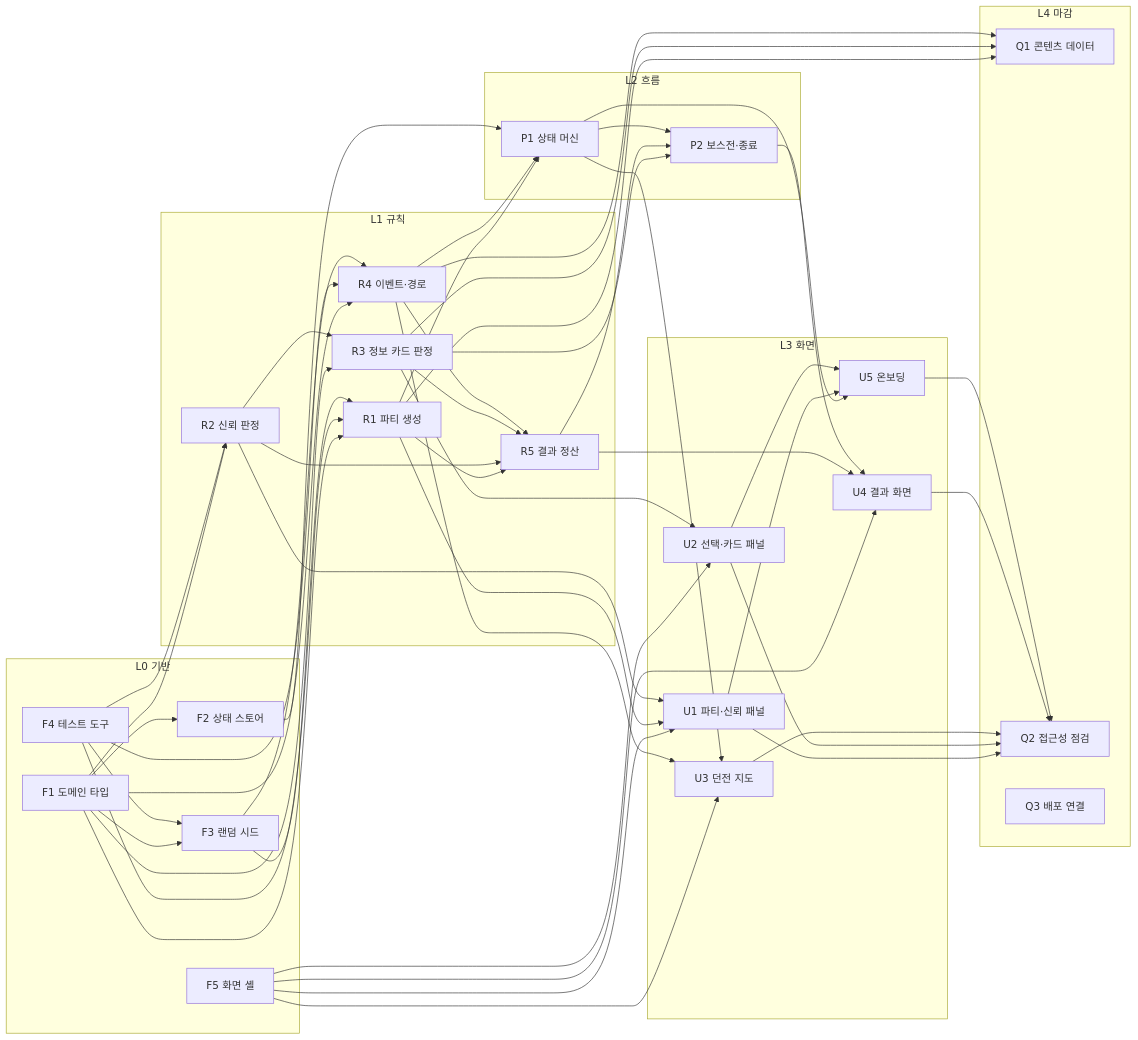
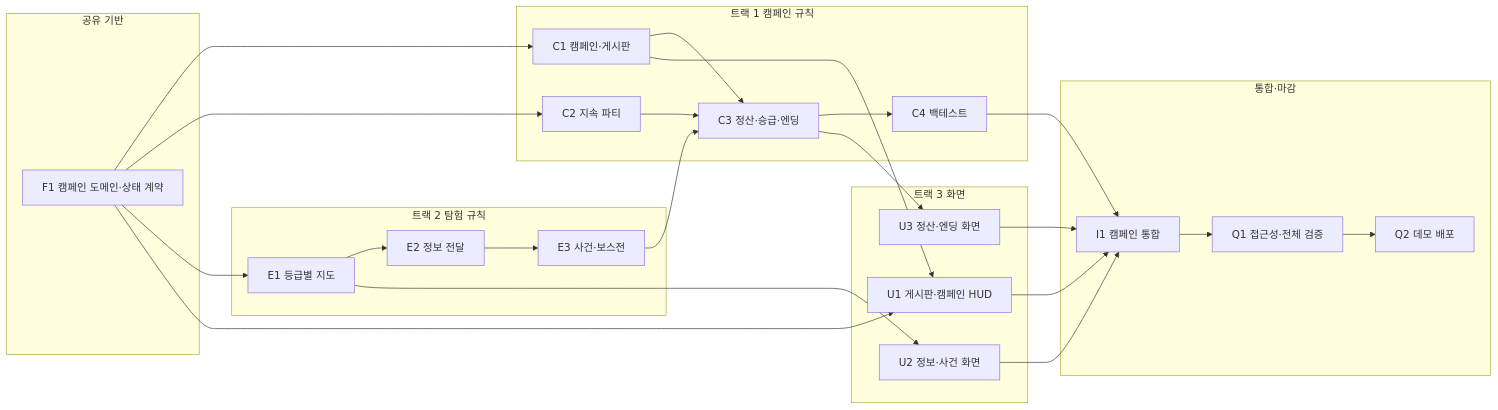
One commit to LatteBun/Dungeon_Schemer changed the diagram in docs/technical/PROTOTYPE_WORK_ASSIGNMENT.md. Above: the diagram before and after it, drawn with Mermaid. The commit also changed other lines of this file and 32 other files, not shown here.

````diff
--- a/docs/technical/PROTOTYPE_WORK_ASSIGNMENT.md
+++ b/docs/technical/PROTOTYPE_WORK_ASSIGNMENT.md
@@ -29,51 +30,41 @@
 ```mermaid
 graph LR
-  subgraph L0["L0 기반"]
-    F1["F1 도메인 타입"]
-    F2["F2 상태 스토어"]
-    F3["F3 랜덤 시드"]
-    F4["F4 테스트 도구"]
-    F5["F5 화면 셸"]
+  subgraph L0["공유 기반"]
+    F1["F1 캠페인 도메인·상태 계약"]
   end
-  subgraph L1["L1 규칙"]
-    R1["R1 파티 생성"]
-    R2["R2 신뢰 판정"]
-    R3["R3 정보 카드 판정"]
-    R4["R4 이벤트·경로"]
-    R5["R5 결과 정산"]
+  subgraph T1["트랙 1 캠페인 규칙"]
+    C1["C1 캠페인·게시판"]
+    C2["C2 지속 파티"]
+    C3["C3 정산·승급·엔딩"]
+    C4["C4 백테스트"]
   end
-  subgraph L2["L2 흐름"]
-    P1["P1 상태 머신"]
-    P2["P2 보스전·종료"]
+  subgraph T2["트랙 2 탐험 규칙"]
+    E1["E1 등급별 지도"]
+    E2["E2 정보 전달"]
+    E3["E3 사건·보스전"]
   end
-  subgraph L3["L3 화면"]
-    U1["U1 파티·신뢰 패널"]
-    U2["U2 선택·카드 패널"]
-    U3["U3 던전 지도"]
-    U4["U4 결과 화면"]
-    U5["U5 온보딩"]
+  subgraph T3["트랙 3 화면"]
+    U1["U1 게시판·캠페인 HUD"]
+    U2["U2 정보·사건 화면"]
+    U3["U3 정산·엔딩 화면"]
   end
-  subgraph L4["L4 마감"]
-    Q1["Q1 콘텐츠 데이터"]
-    Q2["Q2 접근성 점검"]
-    Q3["Q3 배포 연결"]
+  subgraph L4["통합·마감"]
+    I1["I1 캠페인 통합"]
+    Q1["Q1 접근성·전체 검증"]
+    Q2["Q2 데모 배포"]
   end
 
-  F1 --> F2 & F3 & R1 & R2 & R3 & R4
-  F4 --> F3 & R1 & R2 & R4
-  F5 --> U1 & U2 & U3 & U4
-  F2 --> P1
-  F3 --> R1 & R4
-  R1 --> R5 & P1 & U1 & Q1
-  R2 --> R3 & R5 & U1
-  R3 --> R5 & P2 & U2 & Q1
-  R4 --> R5 & P1 & U3 & Q1
-  R5 --> P2 & U4
-  P1 --> P2 & U3 & U5
-  P2 --> U4
-  U1 --> U5 & Q2
-  U2 --> U5 & Q2
-  U3 --> Q2
-  U4 --> Q2
-  U5 --> Q2
+  F1 --> C1 & C2 & E1 & U1
+  C1 --> C3 & U1
+  C2 --> C3
+  E1 --> E2 & U2
+  E2 --> E3
+  E3 --> C3
+  C3 --> C4 & U3
+  C4 --> I1
+  U1 --> I1
+  U2 --> I1
+  U3 --> I1
+  I1 --> Q1
+  Q1 --> Q2
 ```
````
